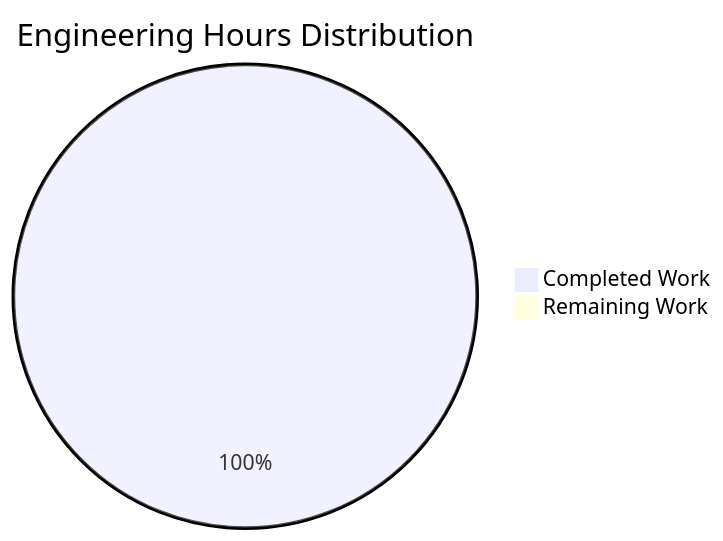
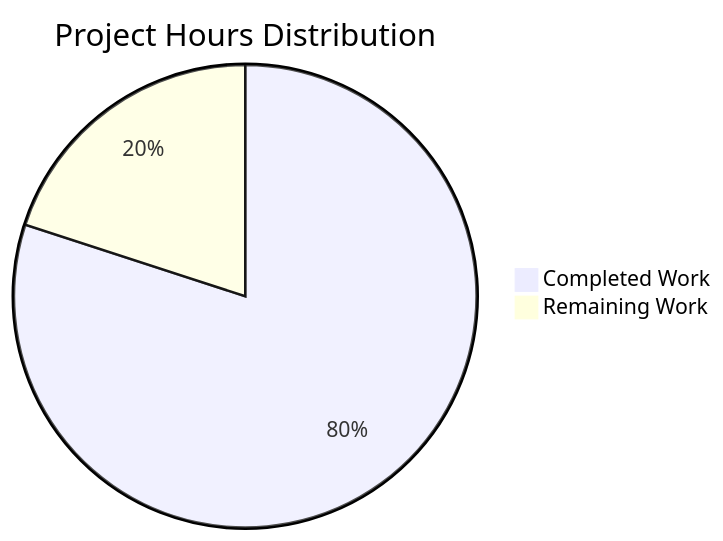
One commit to prasad-blitzy/quick-repo-3 changed the diagram in blitzy/documentation/Project Guide.md. Above: the diagram before and after it, drawn with Mermaid. The commit also changed other lines of this file, not shown here.

Commit message:
Adding Blitzy Project Guide: Project Status and Human Tasks Remaining

````diff
--- a/blitzy/documentation/Project Guide.md
+++ b/blitzy/documentation/Project Guide.md
@@ -114,5 +147,5 @@
 ```mermaid
-pie title Engineering Hours Distribution
-    "Completed Work" : 0.5
-    "Remaining Work" : 0
+pie title Project Hours Distribution
+    "Completed Work" : 2.0
+    "Remaining Work" : 0.5
 ```
````
